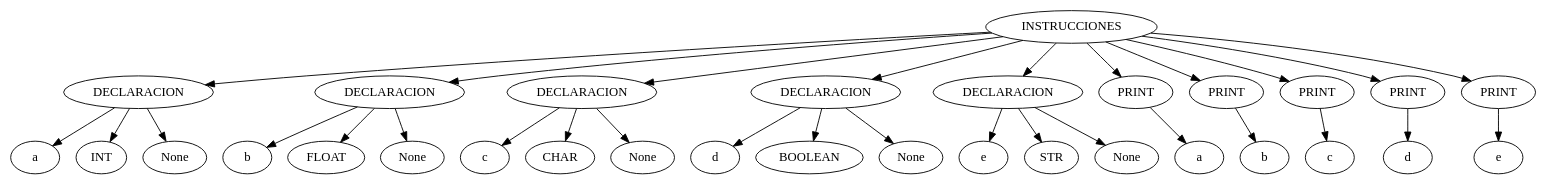
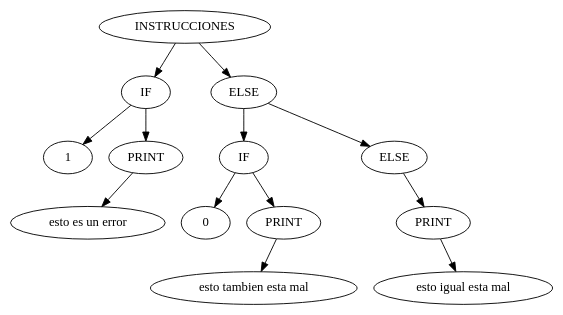
The diagram in backend/AST.dot (AlvaroCeballos/OLC1_VJ2025_G5), drawn with Graphviz before and after one commit. The commit also changed 7 other files, not shown here.

```diff
--- a/backend/AST.dot
+++ b/backend/AST.dot
@@ -1,63 +1,27 @@
 digraph {
 	0 [label = "INSTRUCCIONES"];
-	1 [label = "DECLARACION"];
-	2 [label = "a"];
-	3 [label = "INT"];
-	4 [label = "None"];
-	5 [label = "DECLARACION"];
-	6 [label = "b"];
-	7 [label = "FLOAT"];
-	8 [label = "None"];
-	9 [label = "DECLARACION"];
-	10 [label = "c"];
-	11 [label = "CHAR"];
-	12 [label = "None"];
-	13 [label = "DECLARACION"];
-	14 [label = "d"];
-	15 [label = "BOOLEAN"];
-	16 [label = "None"];
-	17 [label = "DECLARACION"];
-	18 [label = "e"];
-	19 [label = "STR"];
-	20 [label = "None"];
-	21 [label = "PRINT"];
-	22 [label = "a"];
-	23 [label = "PRINT"];
-	24 [label = "b"];
-	25 [label = "PRINT"];
-	26 [label = "c"];
-	27 [label = "PRINT"];
-	28 [label = "d"];
-	29 [label = "PRINT"];
-	30 [label = "e"];
+	1 [label = "IF"];
+	2 [label = "1"];
+	3 [label = "PRINT"];
+	4 [label = "esto es un error"];
+	5 [label = "ELSE"];
+	6 [label = "IF"];
+	7 [label = "0"];
+	8 [label = "PRINT"];
+	9 [label = "esto tambien esta mal"];
+	10 [label = "ELSE"];
+	11 [label = "PRINT"];
+	12 [label = "esto igual esta mal"];
 	0 -> 1;
 	1 -> 2;
 	1 -> 3;
-	1 -> 4;
+	3 -> 4;
 	0 -> 5;
 	5 -> 6;
-	5 -> 7;
-	5 -> 8;
-	0 -> 9;
-	9 -> 10;
-	9 -> 11;
-	9 -> 12;
-	0 -> 13;
-	13 -> 14;
-	13 -> 15;
-	13 -> 16;
-	0 -> 17;
-	17 -> 18;
-	17 -> 19;
-	17 -> 20;
-	0 -> 21;
-	21 -> 22;
-	0 -> 23;
-	23 -> 24;
-	0 -> 25;
-	25 -> 26;
-	0 -> 27;
-	27 -> 28;
-	0 -> 29;
-	29 -> 30;
+	6 -> 7;
+	6 -> 8;
+	8 -> 9;
+	5 -> 10;
+	10 -> 11;
+	11 -> 12;
 }
```
